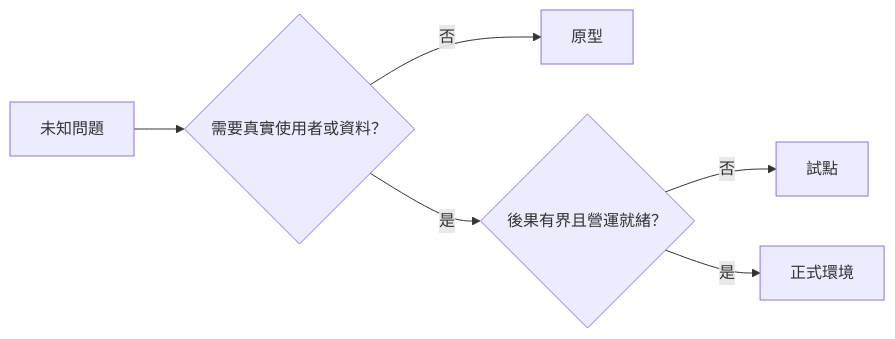
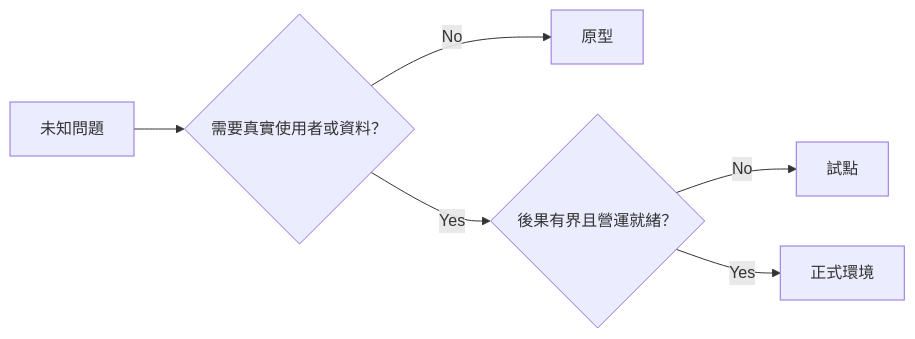
Before and after one commit to edward821220/ai-engineering-from-scratch: the diagram in i18n/zh-TW/phases/14-agent-engineering/53-prototype-pilot-or-production/docs/zh-TW.md, drawn with Mermaid. The commit also changed 14 other files, not shown here.

Commit message:
fix(i18n): zh-TW vol5 final checker cleanup (spans/headings/terms/mermaid)

````diff
--- a/i18n/zh-TW/phases/14-agent-engineering/53-prototype-pilot-or-production/docs/zh-TW.md
+++ b/i18n/zh-TW/phases/14-agent-engineering/53-prototype-pilot-or-production/docs/zh-TW.md
@@ -64,8 +64,8 @@
 ```mermaid
 flowchart LR
   U[未知問題] --> R{需要真實使用者或資料？}
-  R -->|否| P[原型]
-  R -->|是| C{後果有界且營運就緒？}
-  C -->|否| L[試點]
-  C -->|是| D[正式環境]
+  R -->|No| P[原型]
+  R -->|Yes| C{後果有界且營運就緒？}
+  C -->|No| L[試點]
+  C -->|Yes| D[正式環境]
 ```
````
